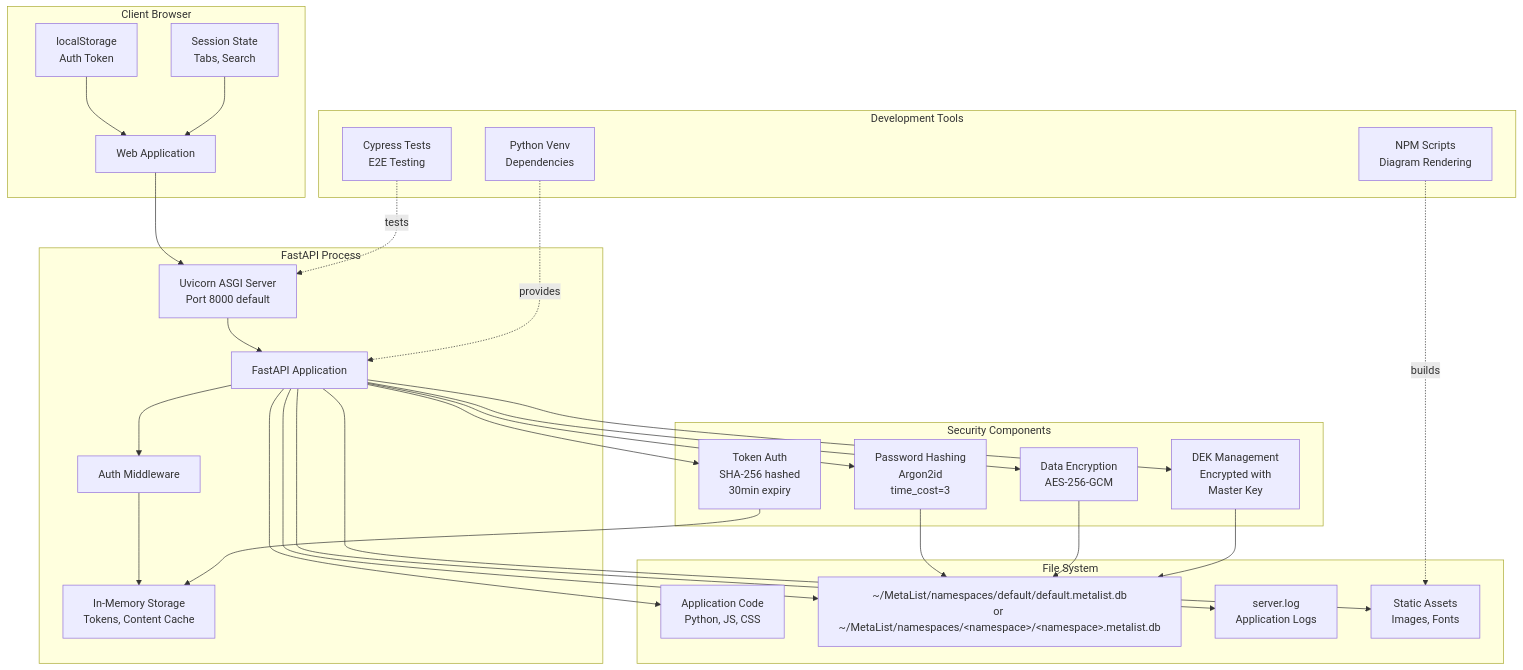
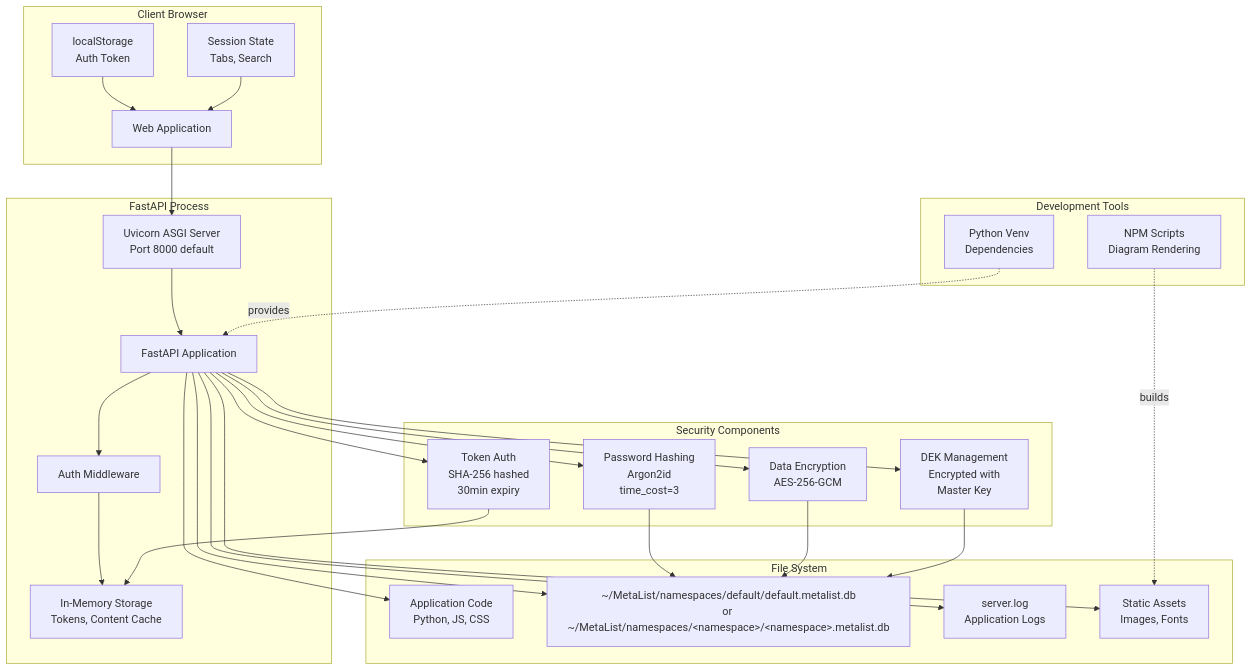
The diagram in docs/diagrams/deployment-architecture.md (evolvingstuff/metalist), drawn with Mermaid before and after one commit. The commit also changed 29 other files, not shown here.

````diff
--- a/docs/diagrams/deployment-architecture.md
+++ b/docs/diagrams/deployment-architecture.md
@@ -5,62 +5,60 @@
 ```mermaid
 graph TB
     subgraph "Client Browser"
         WebApp[Web Application]
         LocalStorage[localStorage<br/>Auth Token]
         SessionStorage[Session State<br/>Tabs, Search]
     end
     
     subgraph "FastAPI Process"
         ASGI[Uvicorn ASGI Server<br/>Port 8000 default]
         App[FastAPI Application]
         Middleware[Auth Middleware]
         InMemory[In-Memory Storage<br/>Tokens, Content Cache]
     end
     
     subgraph "File System"
         AppCode[Application Code<br/>Python, JS, CSS]
         SQLiteFile[~/MetaList/namespaces/default/default.metalist.db<br/>or ~/MetaList/namespaces/&lt;namespace&gt;/&lt;namespace&gt;.metalist.db]
         Logs[server.log<br/>Application Logs]
         StaticAssets[Static Assets<br/>Images, Fonts]
     end
     
     subgraph "Security Components"
         PassHash[Password Hashing<br/>Argon2id<br/>time_cost=3]
         DataEnc[Data Encryption<br/>AES-256-GCM]
         TokenAuth[Token Auth<br/>SHA-256 hashed<br/>30min expiry]
         DEKMgmt[DEK Management<br/>Encrypted with<br/>Master Key]
     end
     
     subgraph "Development Tools"
-        Cypress[Cypress Tests<br/>E2E Testing]
         NPM[NPM Scripts<br/>Diagram Rendering]
         Venv[Python Venv<br/>Dependencies]
     end
     
     WebApp --> ASGI
     LocalStorage --> WebApp
     SessionStorage --> WebApp
     
     ASGI --> App
     App --> Middleware
     Middleware --> InMemory
     
     App --> AppCode
     App --> SQLiteFile
     App --> Logs
     App --> StaticAssets
     
     App --> PassHash
     App --> DataEnc
     App --> TokenAuth
     App --> DEKMgmt
     
     PassHash --> SQLiteFile
     DataEnc --> SQLiteFile
     TokenAuth --> InMemory
     DEKMgmt --> SQLiteFile
     
-    Cypress -.->|tests| ASGI
     NPM -.->|builds| StaticAssets
     Venv -.->|provides| App
 ```
````
